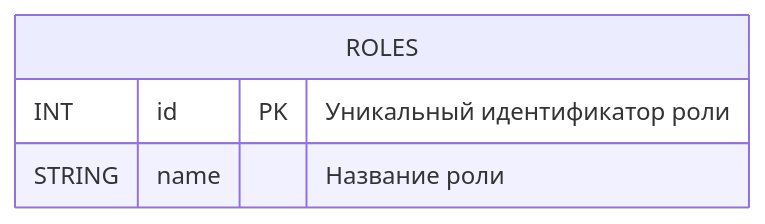
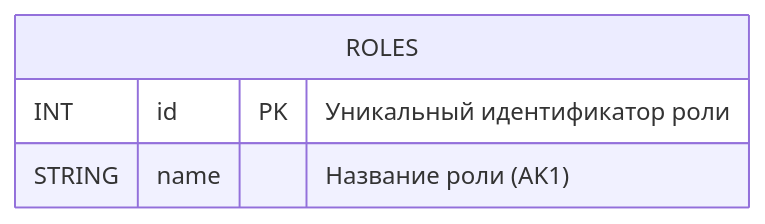
The sixth of 21 diagrams in db/normalized/relations.md (go-park-mail-ru/2024_1_Cyberkotletki), drawn with Mermaid before and after one commit. The commit also changed other lines of this file and 2 other files, not shown here.

````diff
--- a/db/normalized/relations.md
+++ b/db/normalized/relations.md
@@ -158,7 +161,7 @@
 ```mermaid
 erDiagram
     ROLES {
         INT id PK "Уникальный идентификатор роли"
-        STRING name "Название роли"
+        STRING name "Название роли (AK1)"
     }
 ```
````
